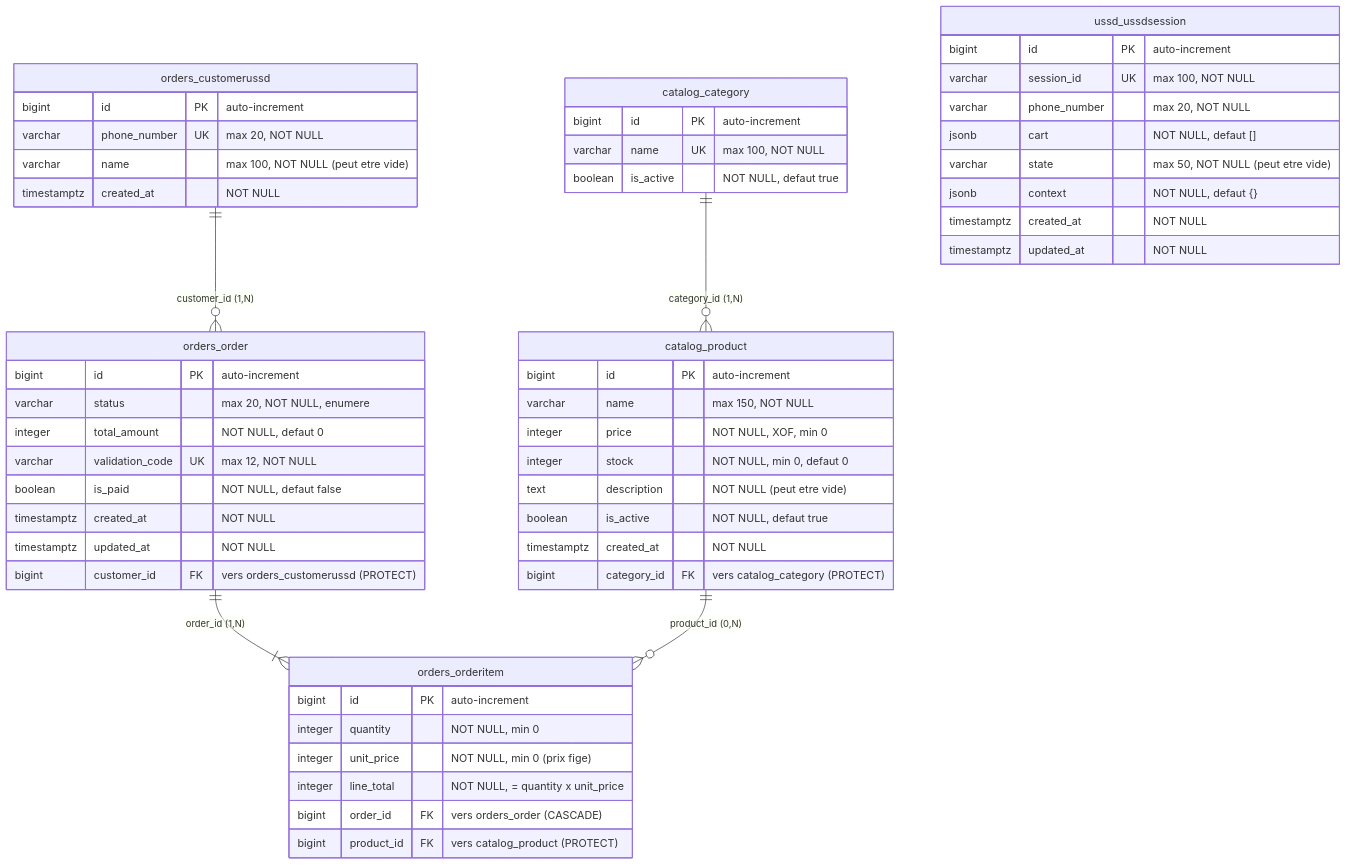
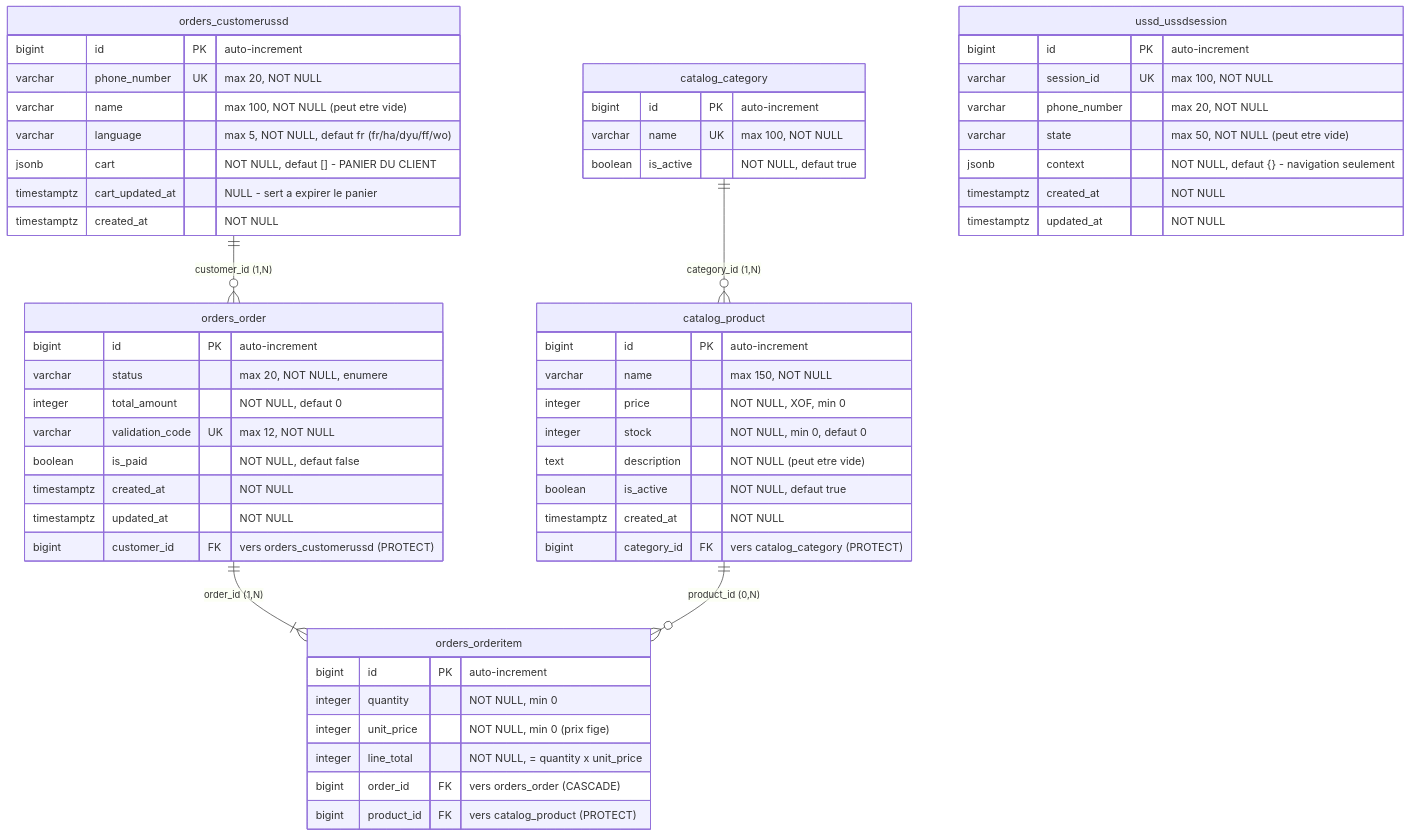
One commit to Fabrice62-pr/e-commerce_ussd changed the fifth of 5 diagrams in docs/Diagramme.md. Above: the diagram before and after it, drawn with Mermaid. The commit also changed other lines of this file and 11 other files, not shown here.

First line of the commit message:
Panier persistant : rattache au client, survit aux coupures reseau

````diff
--- a/docs/Diagramme.md
+++ b/docs/Diagramme.md
@@ -414,57 +427,59 @@
 ```mermaid
 erDiagram
     catalog_category    ||--o{ catalog_product   : "category_id (1,N)"
     orders_customerussd ||--o{ orders_order       : "customer_id (1,N)"
     orders_order        ||--|{ orders_orderitem   : "order_id (1,N)"
     catalog_product     ||--o{ orders_orderitem   : "product_id (0,N)"
 
     catalog_category {
         bigint id PK "auto-increment"
         varchar name UK "max 100, NOT NULL"
         boolean is_active "NOT NULL, defaut true"
     }
     catalog_product {
         bigint id PK "auto-increment"
         varchar name "max 150, NOT NULL"
         integer price "NOT NULL, XOF, min 0"
         integer stock "NOT NULL, min 0, defaut 0"
         text description "NOT NULL (peut etre vide)"
         boolean is_active "NOT NULL, defaut true"
         timestamptz created_at "NOT NULL"
         bigint category_id FK "vers catalog_category (PROTECT)"
     }
     orders_customerussd {
         bigint id PK "auto-increment"
         varchar phone_number UK "max 20, NOT NULL"
         varchar name "max 100, NOT NULL (peut etre vide)"
+        varchar language "max 5, NOT NULL, defaut fr (fr/ha/dyu/ff/wo)"
+        jsonb cart "NOT NULL, defaut [] - PANIER DU CLIENT"
+        timestamptz cart_updated_at "NULL - sert a expirer le panier"
         timestamptz created_at "NOT NULL"
     }
     orders_order {
         bigint id PK "auto-increment"
         varchar status "max 20, NOT NULL, enumere"
         integer total_amount "NOT NULL, defaut 0"
         varchar validation_code UK "max 12, NOT NULL"
         boolean is_paid "NOT NULL, defaut false"
         timestamptz created_at "NOT NULL"
         timestamptz updated_at "NOT NULL"
         bigint customer_id FK "vers orders_customerussd (PROTECT)"
     }
     orders_orderitem {
         bigint id PK "auto-increment"
         integer quantity "NOT NULL, min 0"
         integer unit_price "NOT NULL, min 0 (prix fige)"
         integer line_total "NOT NULL, = quantity x unit_price"
         bigint order_id FK "vers orders_order (CASCADE)"
         bigint product_id FK "vers catalog_product (PROTECT)"
     }
     ussd_ussdsession {
         bigint id PK "auto-increment"
         varchar session_id UK "max 100, NOT NULL"
         varchar phone_number "max 20, NOT NULL"
-        jsonb cart "NOT NULL, defaut []"
         varchar state "max 50, NOT NULL (peut etre vide)"
-        jsonb context "NOT NULL, defaut {}"
+        jsonb context "NOT NULL, defaut {} - navigation seulement"
         timestamptz created_at "NOT NULL"
         timestamptz updated_at "NOT NULL"
     }
 ```
````
